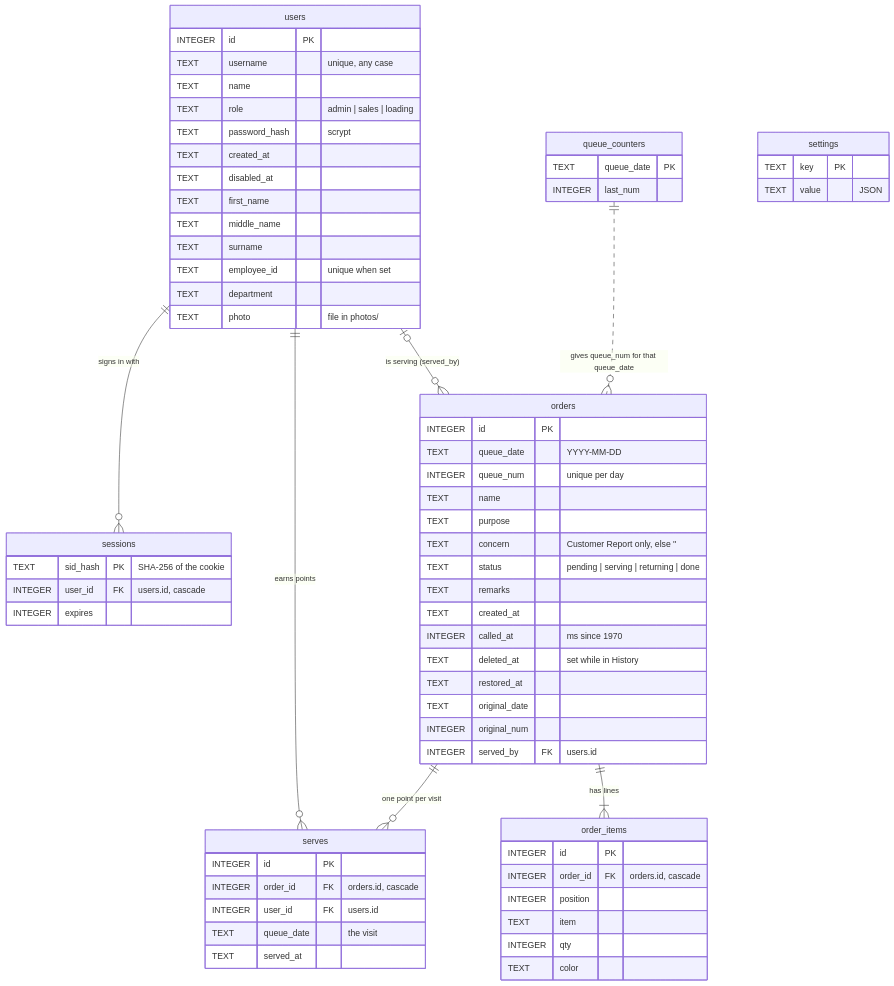
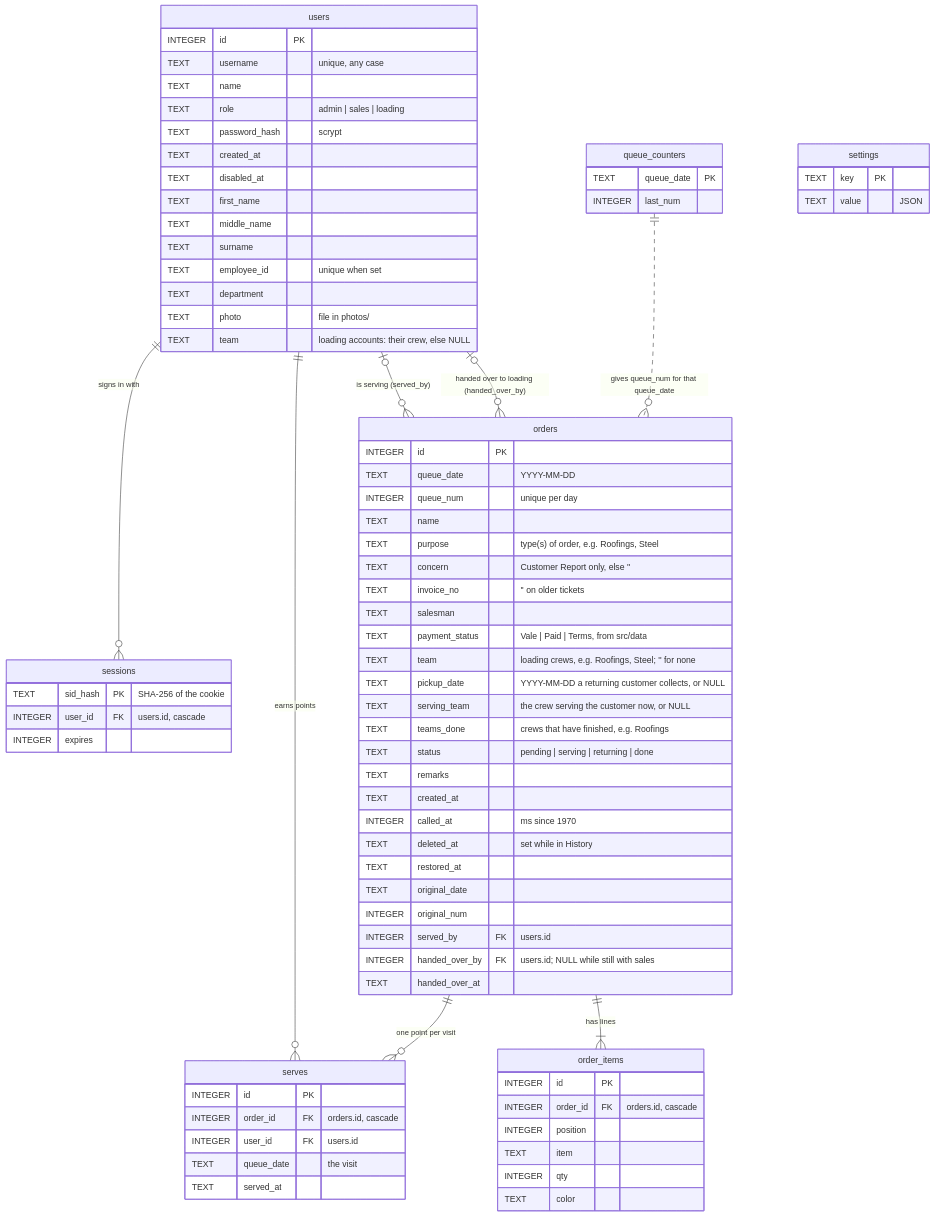
The second of 2 diagrams in DATABASE.md (gabrielgutz18/Sheehan-QMS), drawn with Mermaid before and after one commit. The commit also changed other lines of this file and 50 other files, not shown here.

````diff
--- a/DATABASE.md
+++ b/DATABASE.md
@@ -203,70 +208,81 @@
 ```mermaid
 erDiagram
     users ||--o{ sessions : "signs in with"
     users ||--o{ serves : "earns points"
     users |o--o{ orders : "is serving (served_by)"
+    users |o--o{ orders : "handed over to loading (handed_over_by)"
     orders ||--|{ order_items : "has lines"
     orders ||--o{ serves : "one point per visit"
     queue_counters ||..o{ orders : "gives queue_num for that queue_date"
 
     orders {
         INTEGER id PK
         TEXT queue_date "YYYY-MM-DD"
         INTEGER queue_num "unique per day"
         TEXT name
-        TEXT purpose
+        TEXT purpose "type(s) of order, e.g. Roofings, Steel"
         TEXT concern "Customer Report only, else ''"
+        TEXT invoice_no "'' on older tickets"
+        TEXT salesman
+        TEXT payment_status "Vale | Paid | Terms, from src/data"
+        TEXT team "loading crews, e.g. Roofings, Steel; '' for none"
+        TEXT pickup_date "YYYY-MM-DD a returning customer collects, or NULL"
+        TEXT serving_team "the crew serving the customer now, or NULL"
+        TEXT teams_done "crews that have finished, e.g. Roofings"
         TEXT status "pending | serving | returning | done"
         TEXT remarks
         TEXT created_at
         INTEGER called_at "ms since 1970"
         TEXT deleted_at "set while in History"
         TEXT restored_at
         TEXT original_date
         INTEGER original_num
         INTEGER served_by FK "users.id"
+        INTEGER handed_over_by FK "users.id; NULL while still with sales"
+        TEXT handed_over_at
     }
     order_items {
         INTEGER id PK
         INTEGER order_id FK "orders.id, cascade"
         INTEGER position
         TEXT item
         INTEGER qty
         TEXT color
     }
     queue_counters {
         TEXT queue_date PK
         INTEGER last_num
     }
     users {
         INTEGER id PK
         TEXT username "unique, any case"
         TEXT name
         TEXT role "admin | sales | loading"
         TEXT password_hash "scrypt"
         TEXT created_at
         TEXT disabled_at
         TEXT first_name
         TEXT middle_name
         TEXT surname
         TEXT employee_id "unique when set"
         TEXT department
         TEXT photo "file in photos/"
+        TEXT team "loading accounts: their crew, else NULL"
     }
     sessions {
         TEXT sid_hash PK "SHA-256 of the cookie"
         INTEGER user_id FK "users.id, cascade"
         INTEGER expires
     }
     serves {
         INTEGER id PK
         INTEGER order_id FK "orders.id, cascade"
         INTEGER user_id FK "users.id"
         TEXT queue_date "the visit"
         TEXT served_at
     }
     settings {
         TEXT key PK
         TEXT value "JSON"
     }
 ```
````
